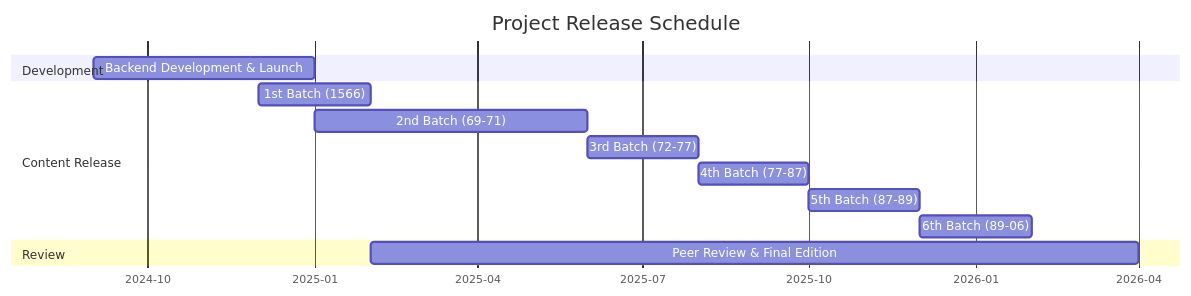
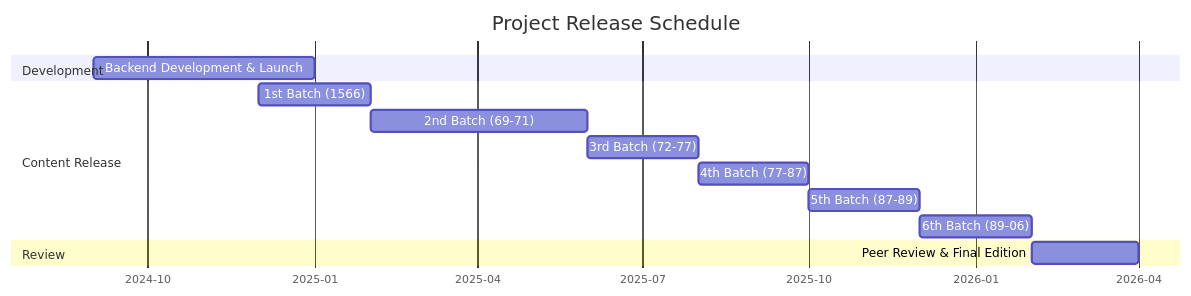
The diagram in README.md (Pantagrueliste/CavrianaCorr), drawn with Mermaid before and after one commit.

````diff
--- a/README.md
+++ b/README.md
@@ -38,21 +38,21 @@
 ```mermaid
 gantt
     title Project Release Schedule
     dateFormat YYYY-MM
     axisFormat %Y-%m
     
     section Development
     Backend Development & Launch :2024-09, 2025-01
     
     section Content Release
     
     1st Batch (1566)         :2024-12, 2025-02
-    2nd Batch (69-71)     :2025-01, 2025-06
+    2nd Batch (69-71)     :2025-02, 2025-06
     3rd Batch (72-77)      :2025-06, 2025-08
     4th Batch (77-87)     :2025-08, 2025-10
     5th Batch (87-89)      :2025-10, 2025-12
     6th Batch (89-06)      :2025-12, 2026-02
     
     section Review
-    Peer Review & Final Edition  :2025-02, 2026-04
+    Peer Review & Final Edition  :2026-02, 2026-04
 ```
````
